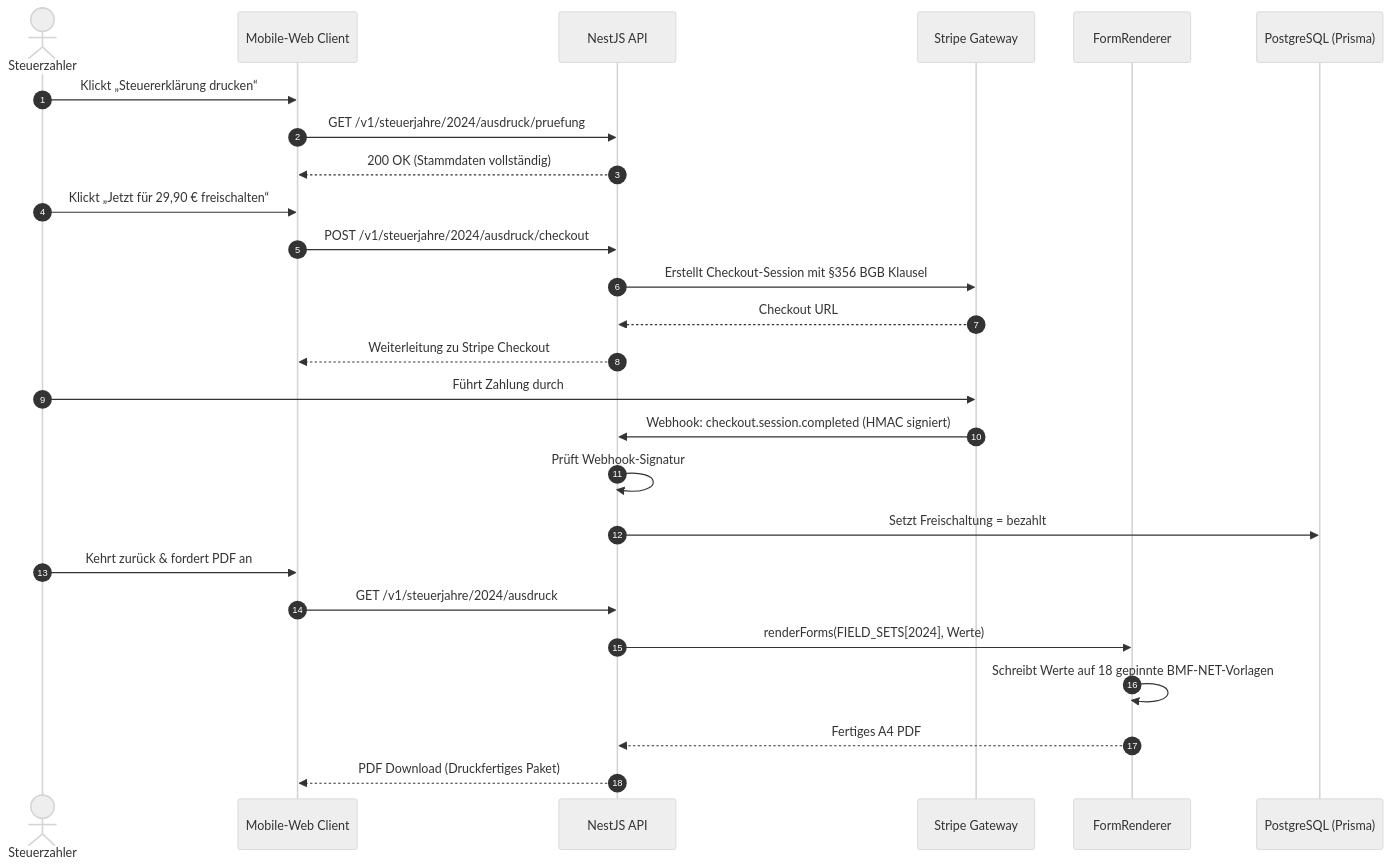
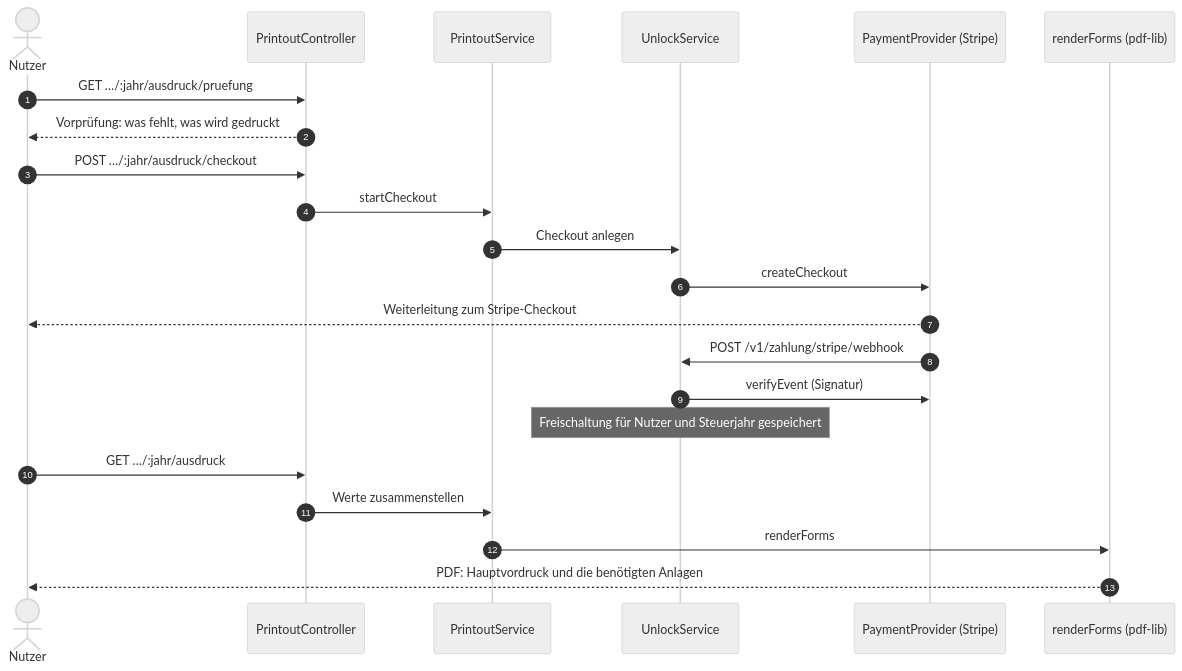
Before and after one commit to NexusHero/Steuereule: the fourth of 6 diagrams in docs/architecture.md, drawn with Mermaid (neutral theme). The commit also changed other lines of this file and 7 other files, not shown here.

First line of the commit message:
docs: the architecture documentation says what the code does

````diff
--- a/docs/architecture.md
+++ b/docs/architecture.md
@@ -307,29 +320,25 @@
 ```mermaid
 sequenceDiagram
   autonumber
-  actor User as Steuerzahler
-  participant App as Mobile-Web Client
-  participant API as NestJS API
-  participant Stripe as Stripe Gateway
-  participant Renderer as FormRenderer
-  participant DB as PostgreSQL (Prisma)
+  actor U as Nutzer
+  participant P as PrintoutController
+  participant S as PrintoutService
+  participant X as UnlockService
+  participant Pay as PaymentProvider (Stripe)
+  participant R as renderForms (pdf-lib)
 
-  User->>App: Klickt „Steuererklärung drucken“
-  App->>API: GET /v1/steuerjahre/2024/ausdruck/pruefung
-  API-->>App: 200 OK (Stammdaten vollständig)
-  User->>App: Klickt „Jetzt für 29,90 € freischalten“
-  App->>API: POST /v1/steuerjahre/2024/ausdruck/checkout
-  API->>Stripe: Erstellt Checkout-Session mit §356 BGB Klausel
-  Stripe-->>API: Checkout URL
-  API-->>App: Weiterleitung zu Stripe Checkout
-  User->>Stripe: Führt Zahlung durch
-  Stripe->>API: Webhook: checkout.session.completed (HMAC signiert)
-  API->>API: Prüft Webhook-Signatur
-  API->>DB: Setzt Freischaltung = bezahlt
-  User->>App: Kehrt zurück & fordert PDF an
-  App->>API: GET /v1/steuerjahre/2024/ausdruck
-  API->>Renderer: renderForms(FIELD_SETS[2024], Werte)
-  Renderer->>Renderer: Schreibt Werte auf 18 gepinnte BMF-NET-Vorlagen
-  Renderer-->>API: Fertiges A4 PDF
-  API-->>App: PDF Download (Druckfertiges Paket)
+  U->>P: GET …/:jahr/ausdruck/pruefung
+  P-->>U: Vorprüfung: was fehlt, was wird gedruckt
+  U->>P: POST …/:jahr/ausdruck/checkout
+  P->>S: startCheckout
+  S->>X: Checkout anlegen
+  X->>Pay: createCheckout
+  Pay-->>U: Weiterleitung zum Stripe-Checkout
+  Pay->>X: POST /v1/zahlung/stripe/webhook
+  X->>Pay: verifyEvent (Signatur)
+  Note over X: Freischaltung für Nutzer und Steuerjahr gespeichert
+  U->>P: GET …/:jahr/ausdruck
+  P->>S: Werte zusammenstellen
+  S->>R: renderForms
+  R-->>U: PDF: Hauptvordruck und die benötigten Anlagen
 ```
````
